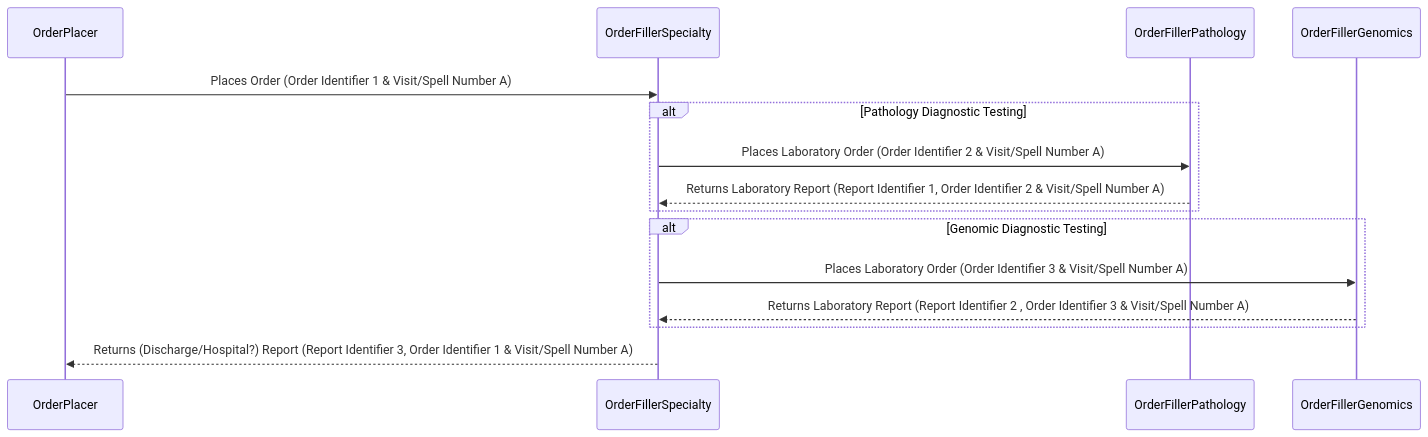
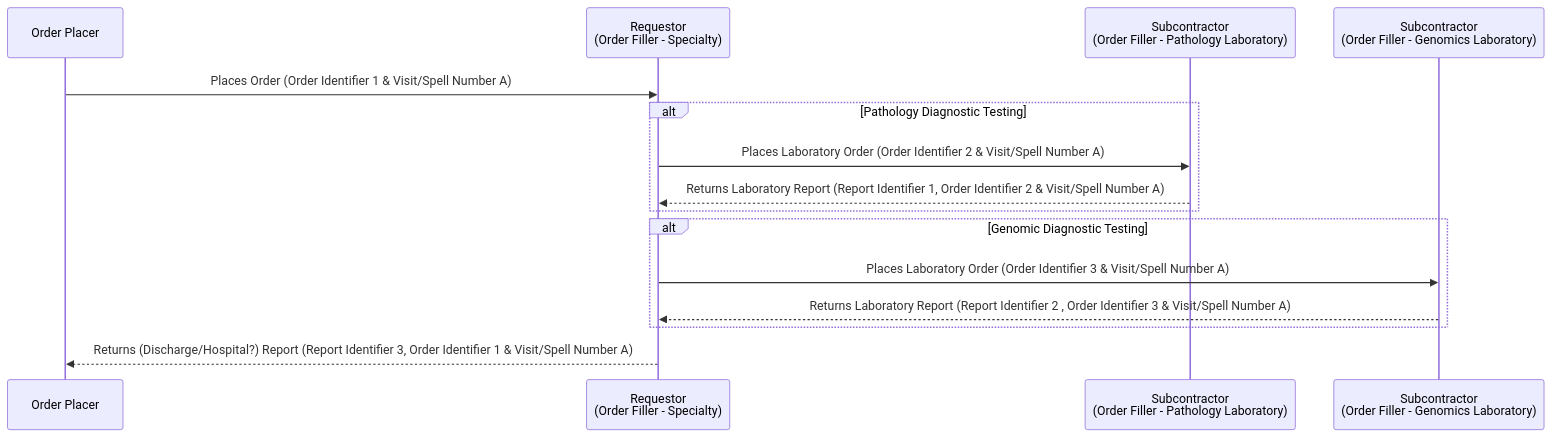
Before and after one commit to uk-gov-mirror/nw-gmsa.nw-gmsa.github.com: the second of 4 diagrams in input/pagecontent/ILW.md, drawn with Mermaid. The commit also changed other lines of this file and 5 other files, not shown here.

````diff
--- a/input/pagecontent/ILW.md
+++ b/input/pagecontent/ILW.md
@@ -64,20 +69,20 @@
 ```mermaid
 sequenceDiagram
-    participant OrderPlacer
-    participant OrderFillerSpecialty 
-    participant OrderFillerPathology
-    participant OrderFillerGenomics
+    participant OrderPlacer as Order Placer
+    participant OrderFillerSpecialty as Requestor<br/>(Order Filler - Specialty)  
+    participant OrderFillerPathology as Subcontractor<br/>(Order Filler - Pathology Laboratory)
+    participant OrderFillerGenomics as Subcontractor<br/>(Order Filler - Genomics Laboratory)
   
 
     OrderPlacer ->> OrderFillerSpecialty: Places Order (Order Identifier 1 & Visit/Spell Number A)
     alt Pathology Diagnostic Testing
         OrderFillerSpecialty ->> OrderFillerPathology: Places Laboratory Order (Order Identifier 2 & Visit/Spell Number A)
         OrderFillerPathology -->> OrderFillerSpecialty: Returns Laboratory Report (Report Identifier 1, Order Identifier 2 & Visit/Spell Number A)
     end
     alt Genomic Diagnostic Testing
         OrderFillerSpecialty ->> OrderFillerGenomics: Places Laboratory Order (Order Identifier 3 & Visit/Spell Number A)
         OrderFillerGenomics -->> OrderFillerSpecialty: Returns Laboratory Report (Report Identifier 2 , Order Identifier 3 & Visit/Spell Number A)
     end
 
     OrderFillerSpecialty -->> OrderPlacer: Returns (Discharge/Hospital?) Report (Report Identifier 3, Order Identifier 1 & Visit/Spell Number A)
 ```
````
